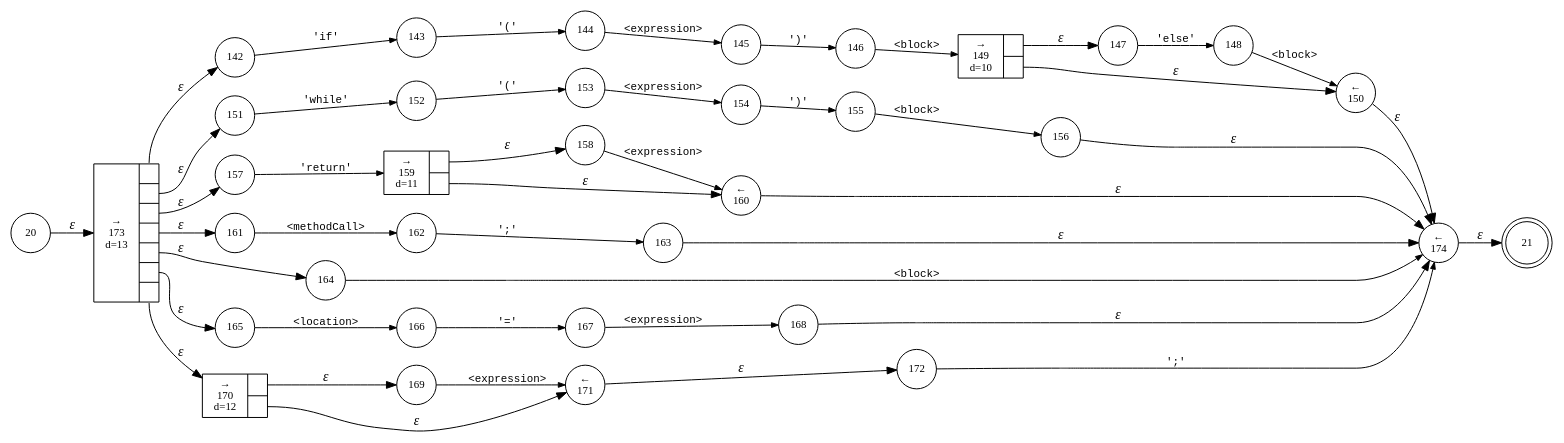
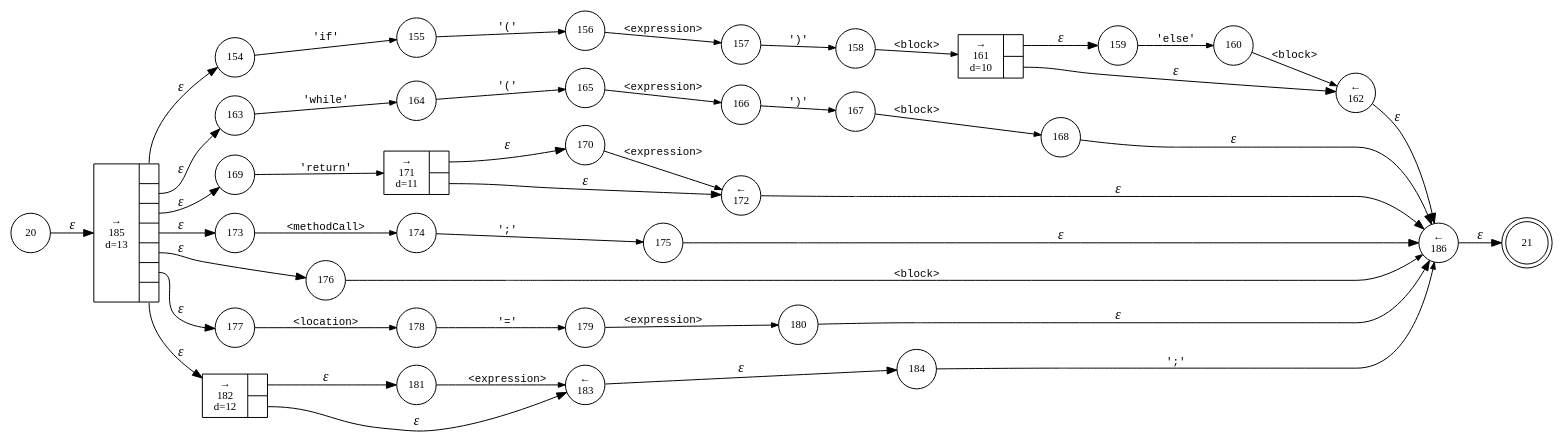
The diagram in src/grammar/ANTLR/decaf.statement.dot (gar13177/Scanner), drawn with Graphviz before and after one commit. The commit also changed 226 other files, not shown here.

```diff
--- a/src/grammar/ANTLR/decaf.statement.dot
+++ b/src/grammar/ANTLR/decaf.statement.dot
@@ -1,81 +1,81 @@
 digraph ATN {
 rankdir=LR;
 s21[fontsize=11, label="21", shape=doublecircle, fixedsize=true, width=.6];
-s142[fontsize=11,label="142", shape=circle, fixedsize=true, width=.55, peripheries=1];
-s143[fontsize=11,label="143", shape=circle, fixedsize=true, width=.55, peripheries=1];
-s144[fontsize=11,label="144", shape=circle, fixedsize=true, width=.55, peripheries=1];
-s145[fontsize=11,label="145", shape=circle, fixedsize=true, width=.55, peripheries=1];
-s146[fontsize=11,label="146", shape=circle, fixedsize=true, width=.55, peripheries=1];
-s147[fontsize=11,label="147", shape=circle, fixedsize=true, width=.55, peripheries=1];
 s20[fontsize=11,label="20", shape=circle, fixedsize=true, width=.55, peripheries=1];
-s148[fontsize=11,label="148", shape=circle, fixedsize=true, width=.55, peripheries=1];
-s149[fontsize=11,label="{&rarr;\n149\nd=10|{<p0>|<p1>}}", shape=record, fixedsize=false, peripheries=1];
-s150[fontsize=11,label="&larr;\n150", shape=circle, fixedsize=true, width=.55, peripheries=1];
-s151[fontsize=11,label="151", shape=circle, fixedsize=true, width=.55, peripheries=1];
-s152[fontsize=11,label="152", shape=circle, fixedsize=true, width=.55, peripheries=1];
-s153[fontsize=11,label="153", shape=circle, fixedsize=true, width=.55, peripheries=1];
 s154[fontsize=11,label="154", shape=circle, fixedsize=true, width=.55, peripheries=1];
 s155[fontsize=11,label="155", shape=circle, fixedsize=true, width=.55, peripheries=1];
 s156[fontsize=11,label="156", shape=circle, fixedsize=true, width=.55, peripheries=1];
 s157[fontsize=11,label="157", shape=circle, fixedsize=true, width=.55, peripheries=1];
 s158[fontsize=11,label="158", shape=circle, fixedsize=true, width=.55, peripheries=1];
-s159[fontsize=11,label="{&rarr;\n159\nd=11|{<p0>|<p1>}}", shape=record, fixedsize=false, peripheries=1];
-s160[fontsize=11,label="&larr;\n160", shape=circle, fixedsize=true, width=.55, peripheries=1];
-s161[fontsize=11,label="161", shape=circle, fixedsize=true, width=.55, peripheries=1];
-s162[fontsize=11,label="162", shape=circle, fixedsize=true, width=.55, peripheries=1];
+s159[fontsize=11,label="159", shape=circle, fixedsize=true, width=.55, peripheries=1];
+s160[fontsize=11,label="160", shape=circle, fixedsize=true, width=.55, peripheries=1];
+s161[fontsize=11,label="{&rarr;\n161\nd=10|{<p0>|<p1>}}", shape=record, fixedsize=false, peripheries=1];
+s162[fontsize=11,label="&larr;\n162", shape=circle, fixedsize=true, width=.55, peripheries=1];
 s163[fontsize=11,label="163", shape=circle, fixedsize=true, width=.55, peripheries=1];
 s164[fontsize=11,label="164", shape=circle, fixedsize=true, width=.55, peripheries=1];
 s165[fontsize=11,label="165", shape=circle, fixedsize=true, width=.55, peripheries=1];
 s166[fontsize=11,label="166", shape=circle, fixedsize=true, width=.55, peripheries=1];
 s167[fontsize=11,label="167", shape=circle, fixedsize=true, width=.55, peripheries=1];
 s168[fontsize=11,label="168", shape=circle, fixedsize=true, width=.55, peripheries=1];
 s169[fontsize=11,label="169", shape=circle, fixedsize=true, width=.55, peripheries=1];
-s170[fontsize=11,label="{&rarr;\n170\nd=12|{<p0>|<p1>}}", shape=record, fixedsize=false, peripheries=1];
-s171[fontsize=11,label="&larr;\n171", shape=circle, fixedsize=true, width=.55, peripheries=1];
-s172[fontsize=11,label="172", shape=circle, fixedsize=true, width=.55, peripheries=1];
-s173[fontsize=11,label="{&rarr;\n173\nd=13|{<p0>|<p1>|<p2>|<p3>|<p4>|<p5>|<p6>}}", shape=record, fixedsize=false, peripheries=1];
-s174[fontsize=11,label="&larr;\n174", shape=circle, fixedsize=true, width=.55, peripheries=1];
-s20 -> s173 [fontname="Times-Italic", label="&epsilon;"];
-s173:p0 -> s142 [fontname="Times-Italic", label="&epsilon;"];
-s173:p1 -> s151 [fontname="Times-Italic", label="&epsilon;"];
-s173:p2 -> s157 [fontname="Times-Italic", label="&epsilon;"];
-s173:p3 -> s161 [fontname="Times-Italic", label="&epsilon;"];
-s173:p4 -> s164 [fontname="Times-Italic", label="&epsilon;"];
-s173:p5 -> s165 [fontname="Times-Italic", label="&epsilon;"];
-s173:p6 -> s170 [fontname="Times-Italic", label="&epsilon;"];
-s142 -> s143 [fontsize=11, fontname="Courier", arrowsize=.7, label = "'if'", arrowhead = normal];
-s151 -> s152 [fontsize=11, fontname="Courier", arrowsize=.7, label = "'while'", arrowhead = normal];
-s157 -> s159 [fontsize=11, fontname="Courier", arrowsize=.7, label = "'return'", arrowhead = normal];
-s161 -> s162 [fontsize=11, fontname="Courier", arrowsize=.7, label = "<methodCall>", arrowhead = normal];
-s164 -> s174 [fontsize=11, fontname="Courier", arrowsize=.7, label = "<block>", arrowhead = normal];
-s165 -> s166 [fontsize=11, fontname="Courier", arrowsize=.7, label = "<location>", arrowhead = normal];
-s170:p0 -> s169 [fontname="Times-Italic", label="&epsilon;"];
-s170:p1 -> s171 [fontname="Times-Italic", label="&epsilon;"];
-s143 -> s144 [fontsize=11, fontname="Courier", arrowsize=.7, label = "'('", arrowhead = normal];
-s152 -> s153 [fontsize=11, fontname="Courier", arrowsize=.7, label = "'('", arrowhead = normal];
-s159:p0 -> s158 [fontname="Times-Italic", label="&epsilon;"];
-s159:p1 -> s160 [fontname="Times-Italic", label="&epsilon;"];
-s162 -> s163 [fontsize=11, fontname="Courier", arrowsize=.7, label = "';'", arrowhead = normal];
-s174 -> s21 [fontname="Times-Italic", label="&epsilon;"];
-s166 -> s167 [fontsize=11, fontname="Courier", arrowsize=.7, label = "'='", arrowhead = normal];
-s169 -> s171 [fontsize=11, fontname="Courier", arrowsize=.7, label = "<expression>", arrowhead = normal];
-s171 -> s172 [fontname="Times-Italic", label="&epsilon;"];
-s144 -> s145 [fontsize=11, fontname="Courier", arrowsize=.7, label = "<expression>", arrowhead = normal];
-s153 -> s154 [fontsize=11, fontname="Courier", arrowsize=.7, label = "<expression>", arrowhead = normal];
-s158 -> s160 [fontsize=11, fontname="Courier", arrowsize=.7, label = "<expression>", arrowhead = normal];
-s160 -> s174 [fontname="Times-Italic", label="&epsilon;"];
-s163 -> s174 [fontname="Times-Italic", label="&epsilon;"];
-s167 -> s168 [fontsize=11, fontname="Courier", arrowsize=.7, label = "<expression>", arrowhead = normal];
-s172 -> s174 [fontsize=11, fontname="Courier", arrowsize=.7, label = "';'", arrowhead = normal];
-s145 -> s146 [fontsize=11, fontname="Courier", arrowsize=.7, label = "')'", arrowhead = normal];
-s154 -> s155 [fontsize=11, fontname="Courier", arrowsize=.7, label = "')'", arrowhead = normal];
-s168 -> s174 [fontname="Times-Italic", label="&epsilon;"];
-s146 -> s149 [fontsize=11, fontname="Courier", arrowsize=.7, label = "<block>", arrowhead = normal];
-s155 -> s156 [fontsize=11, fontname="Courier", arrowsize=.7, label = "<block>", arrowhead = normal];
-s149:p0 -> s147 [fontname="Times-Italic", label="&epsilon;"];
-s149:p1 -> s150 [fontname="Times-Italic", label="&epsilon;"];
-s156 -> s174 [fontname="Times-Italic", label="&epsilon;"];
-s147 -> s148 [fontsize=11, fontname="Courier", arrowsize=.7, label = "'else'", arrowhead = normal];
-s150 -> s174 [fontname="Times-Italic", label="&epsilon;"];
-s148 -> s150 [fontsize=11, fontname="Courier", arrowsize=.7, label = "<block>", arrowhead = normal];
+s170[fontsize=11,label="170", shape=circle, fixedsize=true, width=.55, peripheries=1];
+s171[fontsize=11,label="{&rarr;\n171\nd=11|{<p0>|<p1>}}", shape=record, fixedsize=false, peripheries=1];
+s172[fontsize=11,label="&larr;\n172", shape=circle, fixedsize=true, width=.55, peripheries=1];
+s173[fontsize=11,label="173", shape=circle, fixedsize=true, width=.55, peripheries=1];
+s174[fontsize=11,label="174", shape=circle, fixedsize=true, width=.55, peripheries=1];
+s175[fontsize=11,label="175", shape=circle, fixedsize=true, width=.55, peripheries=1];
+s176[fontsize=11,label="176", shape=circle, fixedsize=true, width=.55, peripheries=1];
+s177[fontsize=11,label="177", shape=circle, fixedsize=true, width=.55, peripheries=1];
+s178[fontsize=11,label="178", shape=circle, fixedsize=true, width=.55, peripheries=1];
+s179[fontsize=11,label="179", shape=circle, fixedsize=true, width=.55, peripheries=1];
+s180[fontsize=11,label="180", shape=circle, fixedsize=true, width=.55, peripheries=1];
+s181[fontsize=11,label="181", shape=circle, fixedsize=true, width=.55, peripheries=1];
+s182[fontsize=11,label="{&rarr;\n182\nd=12|{<p0>|<p1>}}", shape=record, fixedsize=false, peripheries=1];
+s183[fontsize=11,label="&larr;\n183", shape=circle, fixedsize=true, width=.55, peripheries=1];
+s184[fontsize=11,label="184", shape=circle, fixedsize=true, width=.55, peripheries=1];
+s185[fontsize=11,label="{&rarr;\n185\nd=13|{<p0>|<p1>|<p2>|<p3>|<p4>|<p5>|<p6>}}", shape=record, fixedsize=false, peripheries=1];
+s186[fontsize=11,label="&larr;\n186", shape=circle, fixedsize=true, width=.55, peripheries=1];
+s20 -> s185 [fontname="Times-Italic", label="&epsilon;"];
+s185:p0 -> s154 [fontname="Times-Italic", label="&epsilon;"];
+s185:p1 -> s163 [fontname="Times-Italic", label="&epsilon;"];
+s185:p2 -> s169 [fontname="Times-Italic", label="&epsilon;"];
+s185:p3 -> s173 [fontname="Times-Italic", label="&epsilon;"];
+s185:p4 -> s176 [fontname="Times-Italic", label="&epsilon;"];
+s185:p5 -> s177 [fontname="Times-Italic", label="&epsilon;"];
+s185:p6 -> s182 [fontname="Times-Italic", label="&epsilon;"];
+s154 -> s155 [fontsize=11, fontname="Courier", arrowsize=.7, label = "'if'", arrowhead = normal];
+s163 -> s164 [fontsize=11, fontname="Courier", arrowsize=.7, label = "'while'", arrowhead = normal];
+s169 -> s171 [fontsize=11, fontname="Courier", arrowsize=.7, label = "'return'", arrowhead = normal];
+s173 -> s174 [fontsize=11, fontname="Courier", arrowsize=.7, label = "<methodCall>", arrowhead = normal];
+s176 -> s186 [fontsize=11, fontname="Courier", arrowsize=.7, label = "<block>", arrowhead = normal];
+s177 -> s178 [fontsize=11, fontname="Courier", arrowsize=.7, label = "<location>", arrowhead = normal];
+s182:p0 -> s181 [fontname="Times-Italic", label="&epsilon;"];
+s182:p1 -> s183 [fontname="Times-Italic", label="&epsilon;"];
+s155 -> s156 [fontsize=11, fontname="Courier", arrowsize=.7, label = "'('", arrowhead = normal];
+s164 -> s165 [fontsize=11, fontname="Courier", arrowsize=.7, label = "'('", arrowhead = normal];
+s171:p0 -> s170 [fontname="Times-Italic", label="&epsilon;"];
+s171:p1 -> s172 [fontname="Times-Italic", label="&epsilon;"];
+s174 -> s175 [fontsize=11, fontname="Courier", arrowsize=.7, label = "';'", arrowhead = normal];
+s186 -> s21 [fontname="Times-Italic", label="&epsilon;"];
+s178 -> s179 [fontsize=11, fontname="Courier", arrowsize=.7, label = "'='", arrowhead = normal];
+s181 -> s183 [fontsize=11, fontname="Courier", arrowsize=.7, label = "<expression>", arrowhead = normal];
+s183 -> s184 [fontname="Times-Italic", label="&epsilon;"];
+s156 -> s157 [fontsize=11, fontname="Courier", arrowsize=.7, label = "<expression>", arrowhead = normal];
+s165 -> s166 [fontsize=11, fontname="Courier", arrowsize=.7, label = "<expression>", arrowhead = normal];
+s170 -> s172 [fontsize=11, fontname="Courier", arrowsize=.7, label = "<expression>", arrowhead = normal];
+s172 -> s186 [fontname="Times-Italic", label="&epsilon;"];
+s175 -> s186 [fontname="Times-Italic", label="&epsilon;"];
+s179 -> s180 [fontsize=11, fontname="Courier", arrowsize=.7, label = "<expression>", arrowhead = normal];
+s184 -> s186 [fontsize=11, fontname="Courier", arrowsize=.7, label = "';'", arrowhead = normal];
+s157 -> s158 [fontsize=11, fontname="Courier", arrowsize=.7, label = "')'", arrowhead = normal];
+s166 -> s167 [fontsize=11, fontname="Courier", arrowsize=.7, label = "')'", arrowhead = normal];
+s180 -> s186 [fontname="Times-Italic", label="&epsilon;"];
+s158 -> s161 [fontsize=11, fontname="Courier", arrowsize=.7, label = "<block>", arrowhead = normal];
+s167 -> s168 [fontsize=11, fontname="Courier", arrowsize=.7, label = "<block>", arrowhead = normal];
+s161:p0 -> s159 [fontname="Times-Italic", label="&epsilon;"];
+s161:p1 -> s162 [fontname="Times-Italic", label="&epsilon;"];
+s168 -> s186 [fontname="Times-Italic", label="&epsilon;"];
+s159 -> s160 [fontsize=11, fontname="Courier", arrowsize=.7, label = "'else'", arrowhead = normal];
+s162 -> s186 [fontname="Times-Italic", label="&epsilon;"];
+s160 -> s162 [fontsize=11, fontname="Courier", arrowsize=.7, label = "<block>", arrowhead = normal];
 }
```
